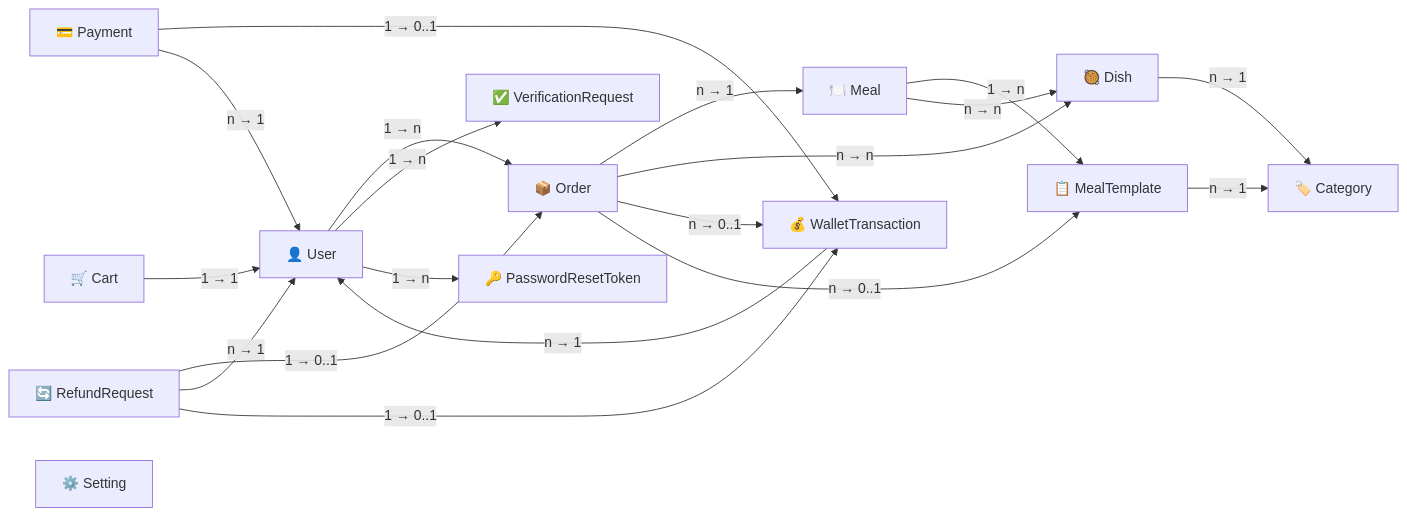
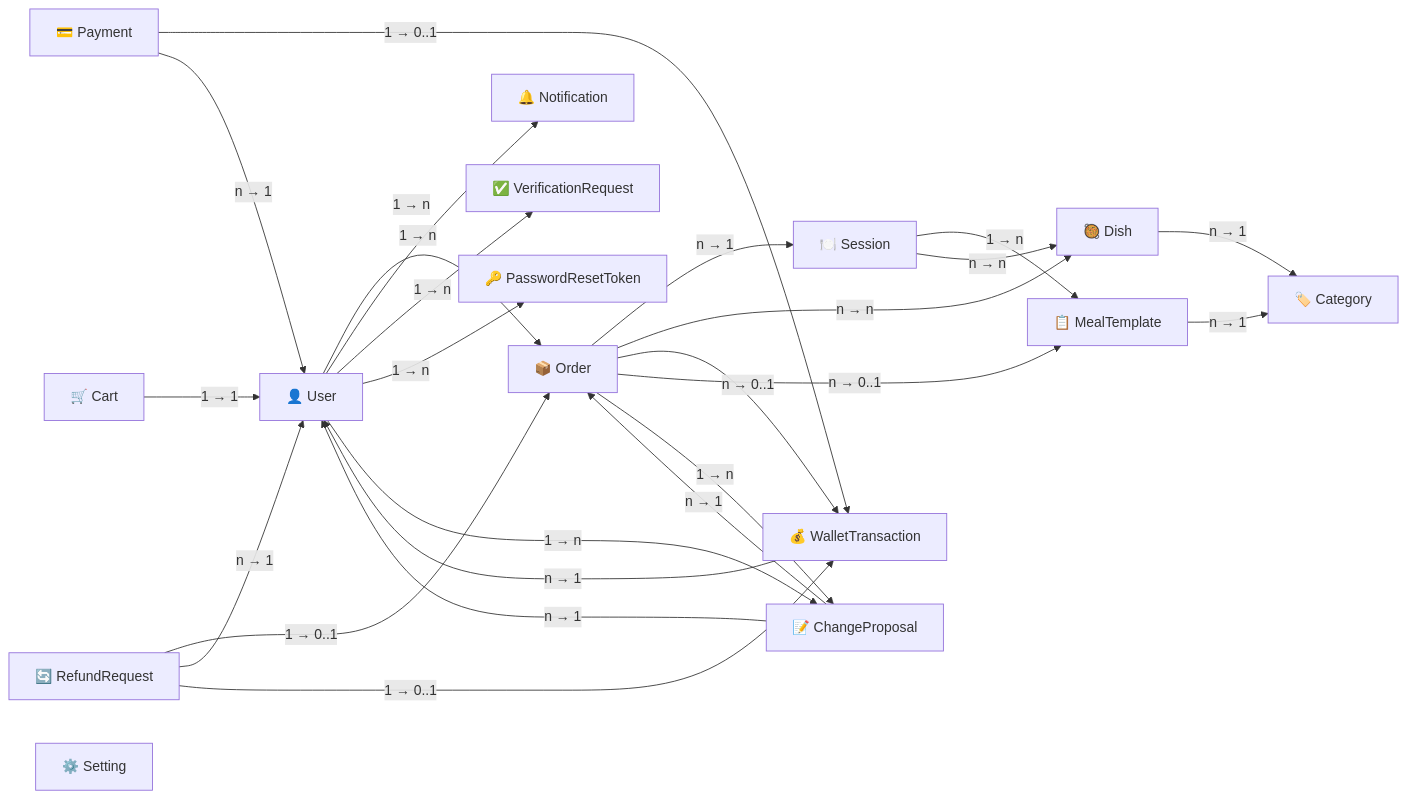
One commit to TieHung23/SmartCanteen changed the diagram in AI/conceptual_diagram.md. Above: the diagram before and after it, drawn with Mermaid. The commit also changed other lines of this file and 4 other files, not shown here.

````diff
--- a/AI/conceptual_diagram.md
+++ b/AI/conceptual_diagram.md
@@ -5,40 +5,48 @@
 ```mermaid
 graph LR
     User["👤 User"]
-    Meal["🍽️ Meal"]
+    Session["🍽️ Session"]
     Dish["🥘 Dish"]
     Category["🏷️ Category"]
     MealTemplate["📋 MealTemplate"]
     Cart["🛒 Cart"]
     Order["📦 Order"]
     Payment["💳 Payment"]
     WalletTransaction["💰 WalletTransaction"]
     RefundRequest["🔄 RefundRequest"]
     VerificationRequest["✅ VerificationRequest"]
     Setting["⚙️ Setting"]
+    Notification["🔔 Notification"]
+    ChangeProposal["📝 ChangeProposal"]
     PasswordResetToken["🔑 PasswordResetToken"]
 
-    Meal -->|"1 → n"| MealTemplate
-    Meal -->|"n → n"| Dish
+    Session -->|"1 → n"| MealTemplate
+    Session -->|"n → n"| Dish
     Dish -->|"n → 1"| Category
     MealTemplate -->|"n → 1"| Category
 
     Cart -->|"1 → 1"| User
 
-    Order -->|"n → 1"| Meal
+    Order -->|"n → 1"| Session
     Order -->|"n → n"| Dish
     Order -->|"n → 0..1"| WalletTransaction
     Order -->|"n → 0..1"| MealTemplate
+    Order -->|"1 → n"| ChangeProposal
 
     Payment -->|"1 → 0..1"| WalletTransaction
     WalletTransaction -->|"n → 1"| User
     Payment -->|"n → 1"| User
 
     RefundRequest -->|"1 → 0..1"| Order
     RefundRequest -->|"n → 1"| User
     RefundRequest -->|"1 → 0..1"| WalletTransaction
 
+    ChangeProposal -->|"n → 1"| Order
+    ChangeProposal -->|"n → 1"| User
+
     User -->|"1 → n"| Order
+    User -->|"1 → n"| Notification
     User -->|"1 → n"| VerificationRequest
     User -->|"1 → n"| PasswordResetToken
+    User -->|"1 → n"| ChangeProposal
 ```
````
